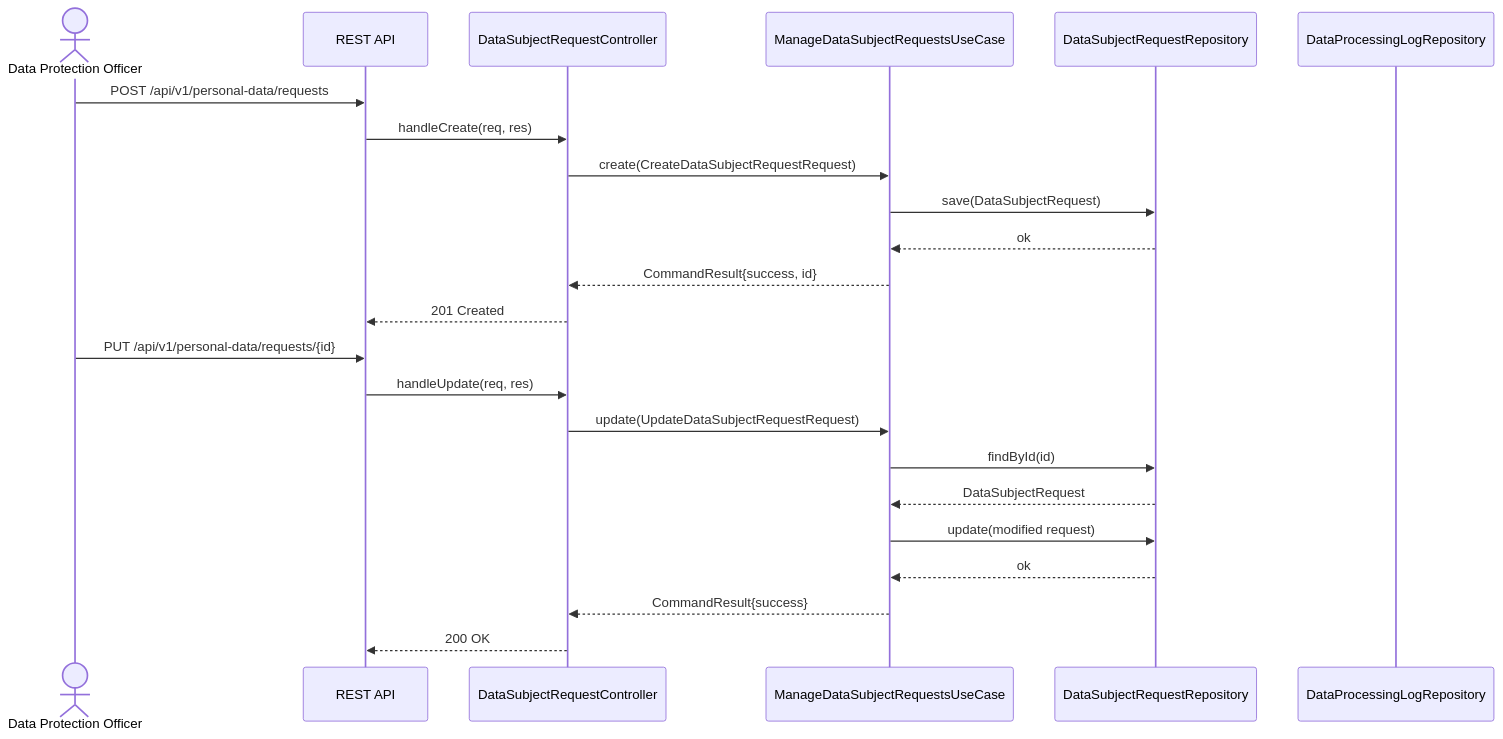
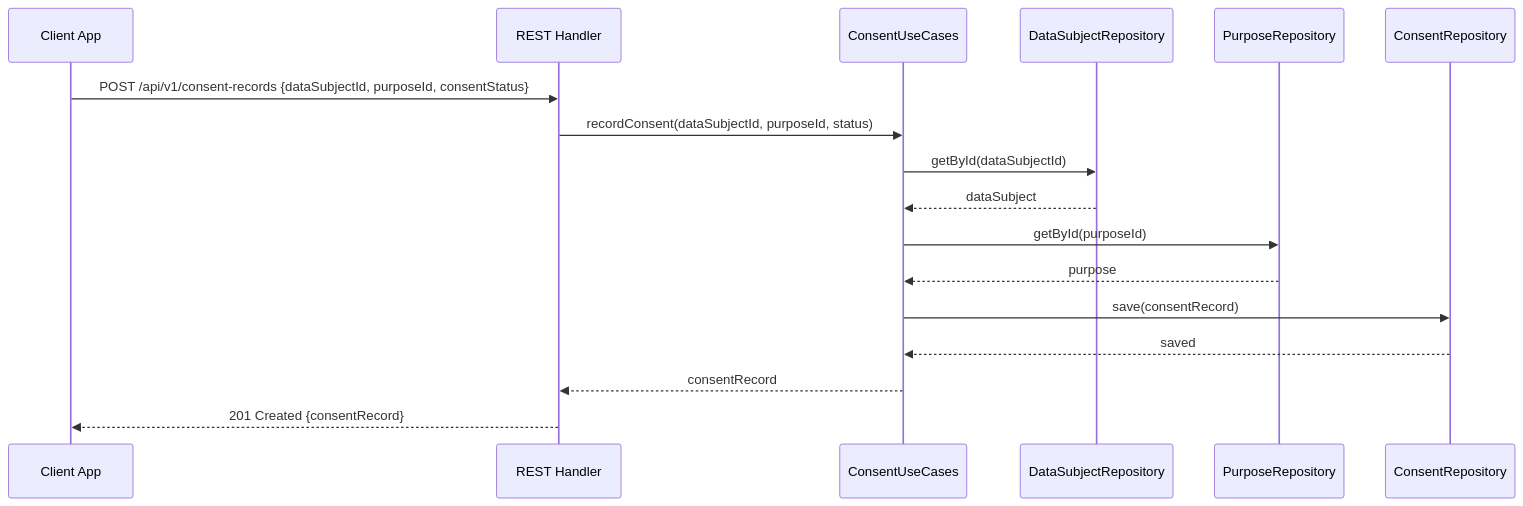
Before and after one commit to UIMSolutions/uim-platform: the third of 3 diagrams in personal-data/UML.md, drawn with Mermaid. The commit also changed other lines of this file and 128 other files, not shown here.

Commit message:
Refactor UML documentation for Task Center and Transport services; streamline class diagrams, sequence diagrams, and component diagrams for clarity and consistency. Update NAFv4 architecture description to enhance structure and readability. Adjust container module imports for better organization.

````diff
--- a/personal-data/UML.md
+++ b/personal-data/UML.md
@@ -231,27 +101,20 @@
 ```mermaid
 sequenceDiagram
-    actor DPO as Data Protection Officer
-    participant API as REST API
-    participant Ctrl as DataSubjectRequestController
-    participant usecase as ManageDataSubjectRequestsUseCase
-    participant Repo as DataSubjectRequestRepository
-    participant Log as DataProcessingLogRepository
+    participant C as Client App
+    participant R as REST Handler
+    participant UC as ConsentUseCases
+    participant DSR as DataSubjectRepository
+    participant PPR as PurposeRepository
+    participant CRR as ConsentRepository
 
-    DPO->>API: POST /api/v1/personal-data/requests
-    API->>Ctrl: handleCreate(req, res)
-    Ctrl->>usecase: create(CreateDataSubjectRequestRequest)
-    usecase->>Repo: save(DataSubjectRequest)
-    Repo-->>usecase: ok
-    usecase-->>Ctrl: CommandResult{success, id}
-    Ctrl-->>API: 201 Created
-
-    DPO->>API: PUT /api/v1/personal-data/requests/{id}
-    API->>Ctrl: handleUpdate(req, res)
-    Ctrl->>usecase: update(UpdateDataSubjectRequestRequest)
-    usecase->>Repo: findById(id)
-    Repo-->>usecase: DataSubjectRequest
-    usecase->>Repo: update(modified request)
-    Repo-->>usecase: ok
-    usecase-->>Ctrl: CommandResult{success}
-    Ctrl-->>API: 200 OK
+    C->>R: POST /api/v1/consent-records {dataSubjectId, purposeId, consentStatus}
+    R->>UC: recordConsent(dataSubjectId, purposeId, status)
+    UC->>DSR: getById(dataSubjectId)
+    DSR-->>UC: dataSubject
+    UC->>PPR: getById(purposeId)
+    PPR-->>UC: purpose
+    UC->>CRR: save(consentRecord)
+    CRR-->>UC: saved
+    UC-->>R: consentRecord
+    R-->>C: 201 Created {consentRecord}
 ```
````
